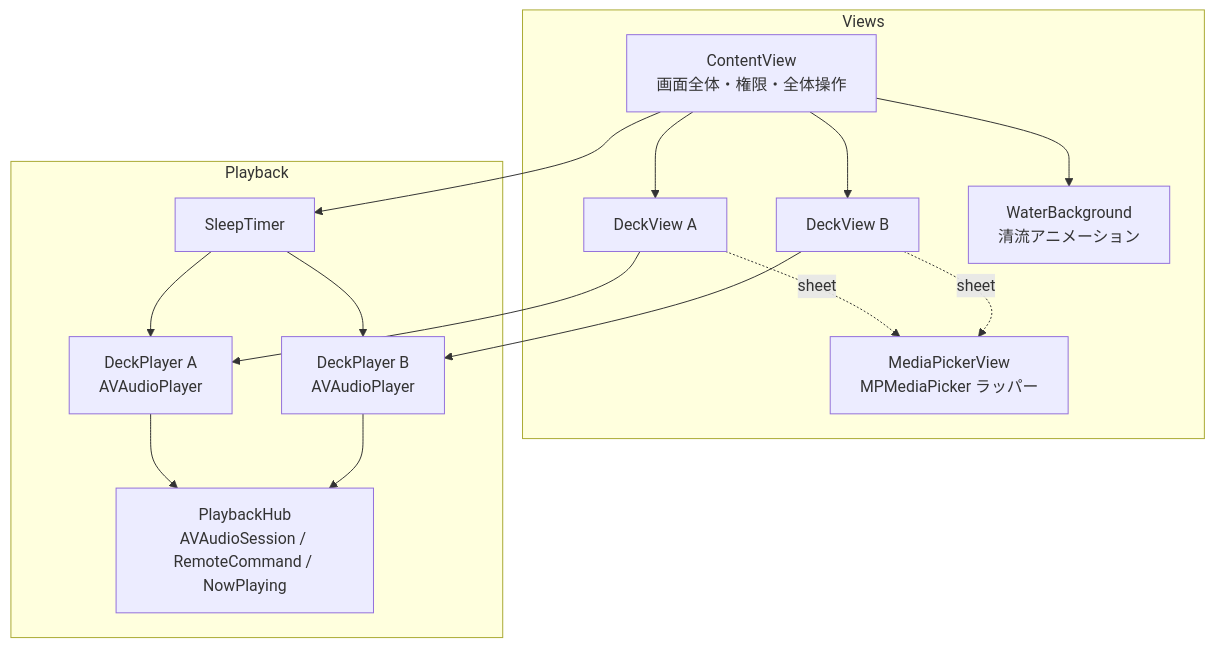
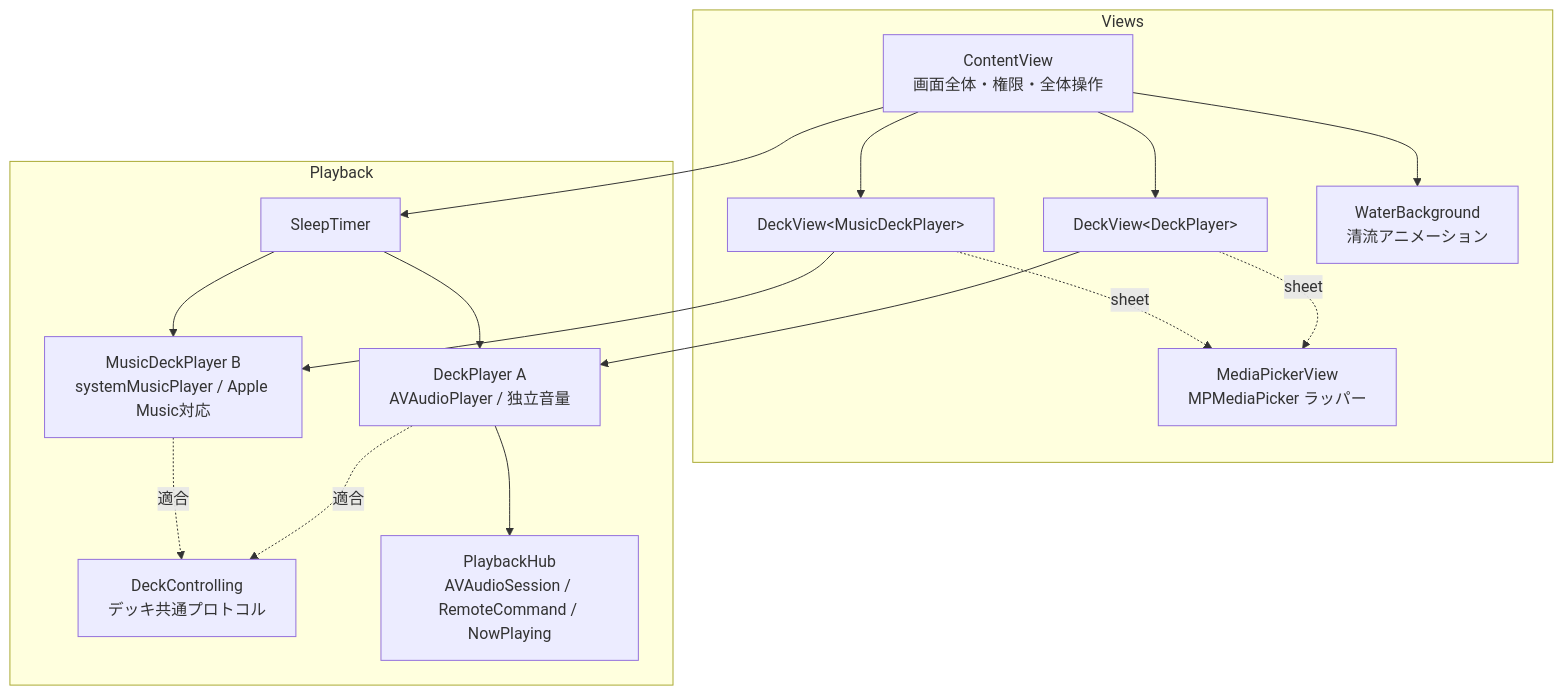
One commit to Amacass/home changed the diagram in seseragi/docs/ARCHITECTURE.md. Above: the diagram before and after it, drawn with Mermaid. The commit also changed other lines of this file and 10 other files, not shown here.

````diff
--- a/seseragi/docs/ARCHITECTURE.md
+++ b/seseragi/docs/ARCHITECTURE.md
@@ -7,26 +7,28 @@
 ```mermaid
 graph TD
     subgraph Views
         CV[ContentView<br/>画面全体・権限・全体操作]
-        DV1[DeckView A]
-        DV2[DeckView B]
+        DV1[DeckView&lt;DeckPlayer&gt;]
+        DV2[DeckView&lt;MusicDeckPlayer&gt;]
         WB[WaterBackground<br/>清流アニメーション]
         MP[MediaPickerView<br/>MPMediaPicker ラッパー]
     end
     subgraph Playback
-        DA[DeckPlayer A<br/>AVAudioPlayer]
-        DB[DeckPlayer B<br/>AVAudioPlayer]
+        PROTO[DeckControlling<br/>デッキ共通プロトコル]
+        DA[DeckPlayer A<br/>AVAudioPlayer / 独立音量]
+        DB[MusicDeckPlayer B<br/>systemMusicPlayer / Apple Music対応]
         HUB[PlaybackHub<br/>AVAudioSession / RemoteCommand / NowPlaying]
         ST[SleepTimer]
     end
     CV --> DV1 --> DA
     CV --> DV2 --> DB
     CV --> WB
     DV1 -.sheet.-> MP
     DV2 -.sheet.-> MP
     CV --> ST
     ST --> DA
     ST --> DB
+    DA -.適合.-> PROTO
+    DB -.適合.-> PROTO
     DA --> HUB
-    DB --> HUB
 ```
````
